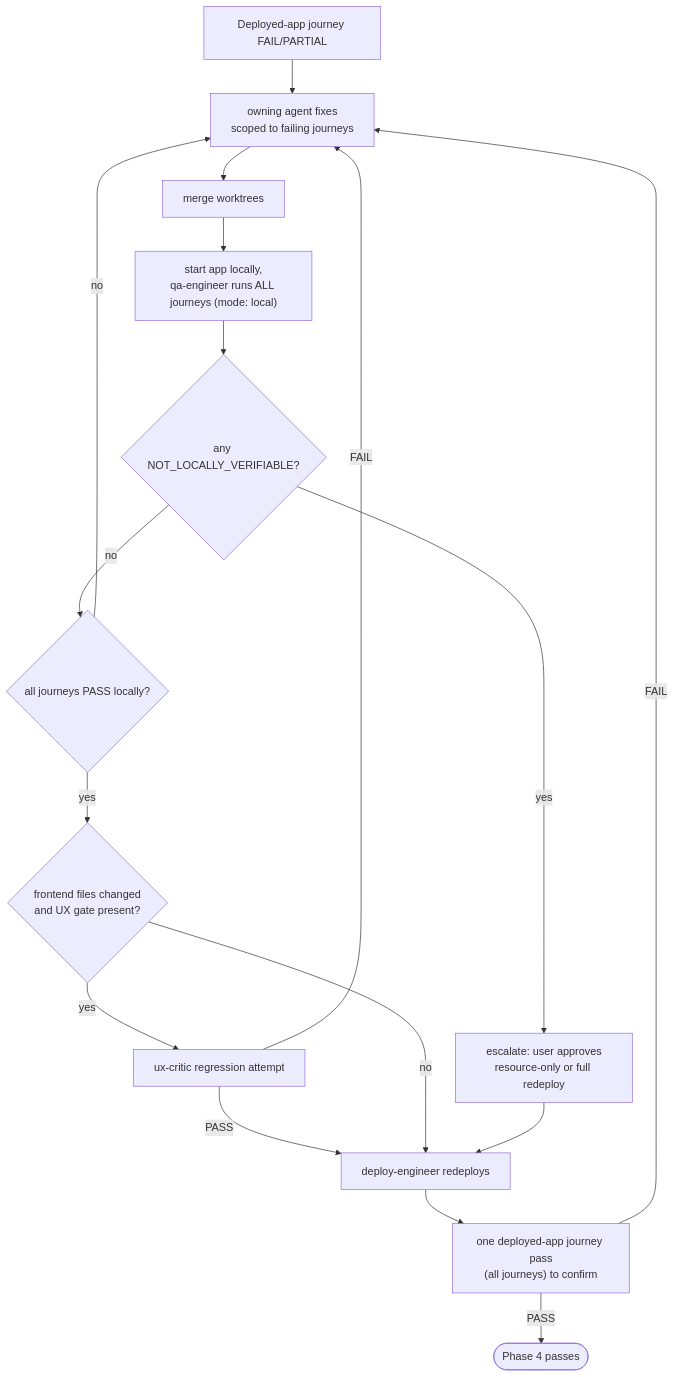
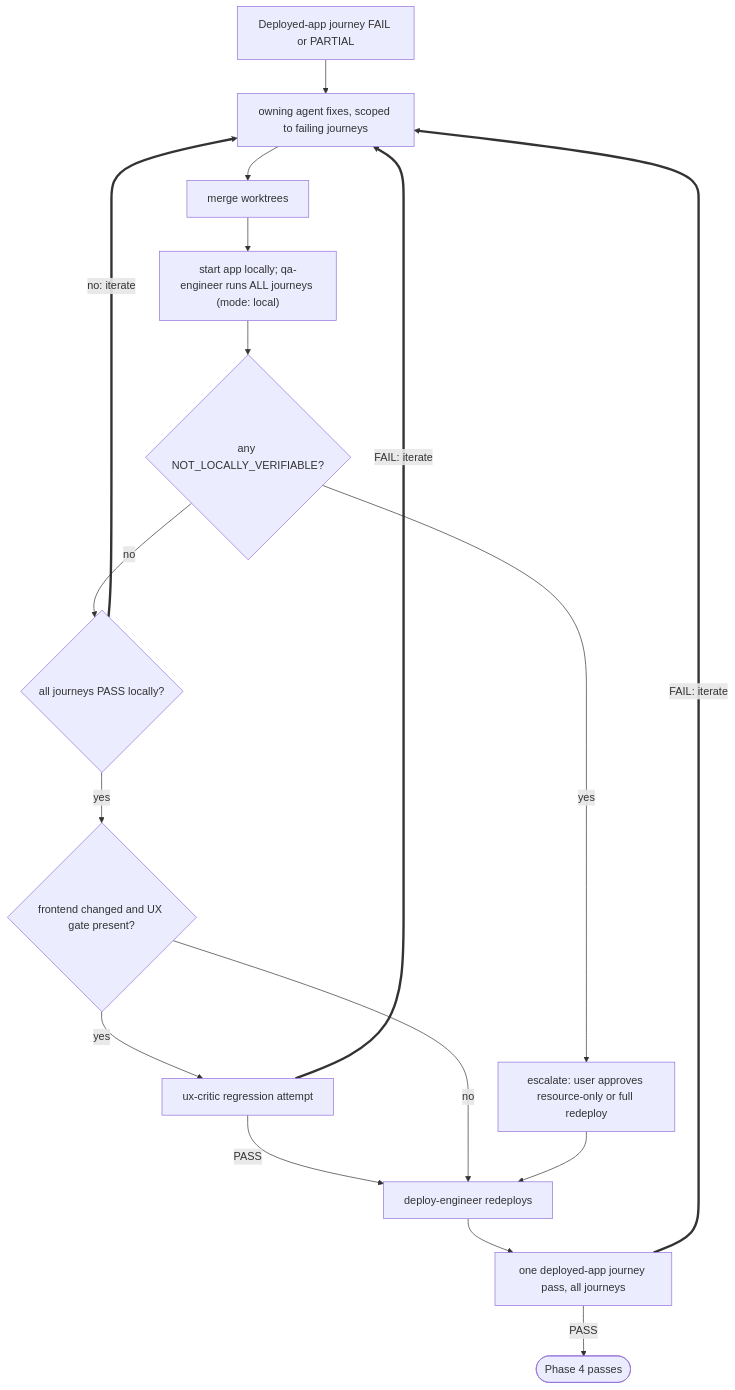
One commit to jesusr-db/agent_team changed the sixth of 6 diagrams in docs/workflow.md. Above: the diagram before and after it, drawn with Mermaid. The commit also changed other lines of this file, not shown here.

First line of the commit message:
docs: fix workflow diagrams and show iteration loops

````diff
--- a/docs/workflow.md
+++ b/docs/workflow.md
@@ -108,19 +110,19 @@
 ```mermaid
 flowchart TD
-    F["Deployed-app journey FAIL/PARTIAL"] --> FIX["owning agent fixes<br/>scoped to failing journeys"]
-    FIX --> M[merge worktrees]
-    M --> L["start app locally,<br/>qa-engineer runs ALL journeys (mode: local)"]
+    F["Deployed-app journey FAIL or PARTIAL"] --> FIX["owning agent fixes, scoped to failing journeys"]
+    FIX --> M["merge worktrees"]
+    M --> L["start app locally; qa-engineer runs ALL journeys (mode: local)"]
     L --> NV{"any NOT_LOCALLY_VERIFIABLE?"}
-    NV -- yes --> ASK["escalate: user approves<br/>resource-only or full redeploy"]
-    NV -- no --> LP{"all journeys PASS locally?"}
-    LP -- no --> FIX
-    LP -- yes --> FE{"frontend files changed<br/>and UX gate present?"}
-    FE -- yes --> CR["ux-critic regression attempt"]
-    CR -- FAIL --> FIX
-    CR -- PASS --> RD
-    FE -- no --> RD["deploy-engineer redeploys"]
+    NV -->|"yes"| ASK["escalate: user approves resource-only or full redeploy"]
+    NV -->|"no"| LP{"all journeys PASS locally?"}
+    LP ==>|"no: iterate"| FIX
+    LP -->|"yes"| FE{"frontend changed and UX gate present?"}
+    FE -->|"yes"| CR["ux-critic regression attempt"]
+    CR ==>|"FAIL: iterate"| FIX
+    CR -->|"PASS"| RD["deploy-engineer redeploys"]
+    FE -->|"no"| RD
     ASK --> RD
-    RD --> CONF["one deployed-app journey pass<br/>(all journeys) to confirm"]
-    CONF -- FAIL --> FIX
-    CONF -- PASS --> DONE([Phase 4 passes])
+    RD --> CONF["one deployed-app journey pass, all journeys"]
+    CONF ==>|"FAIL: iterate"| FIX
+    CONF -->|"PASS"| DONE(["Phase 4 passes"])
 ```
````
